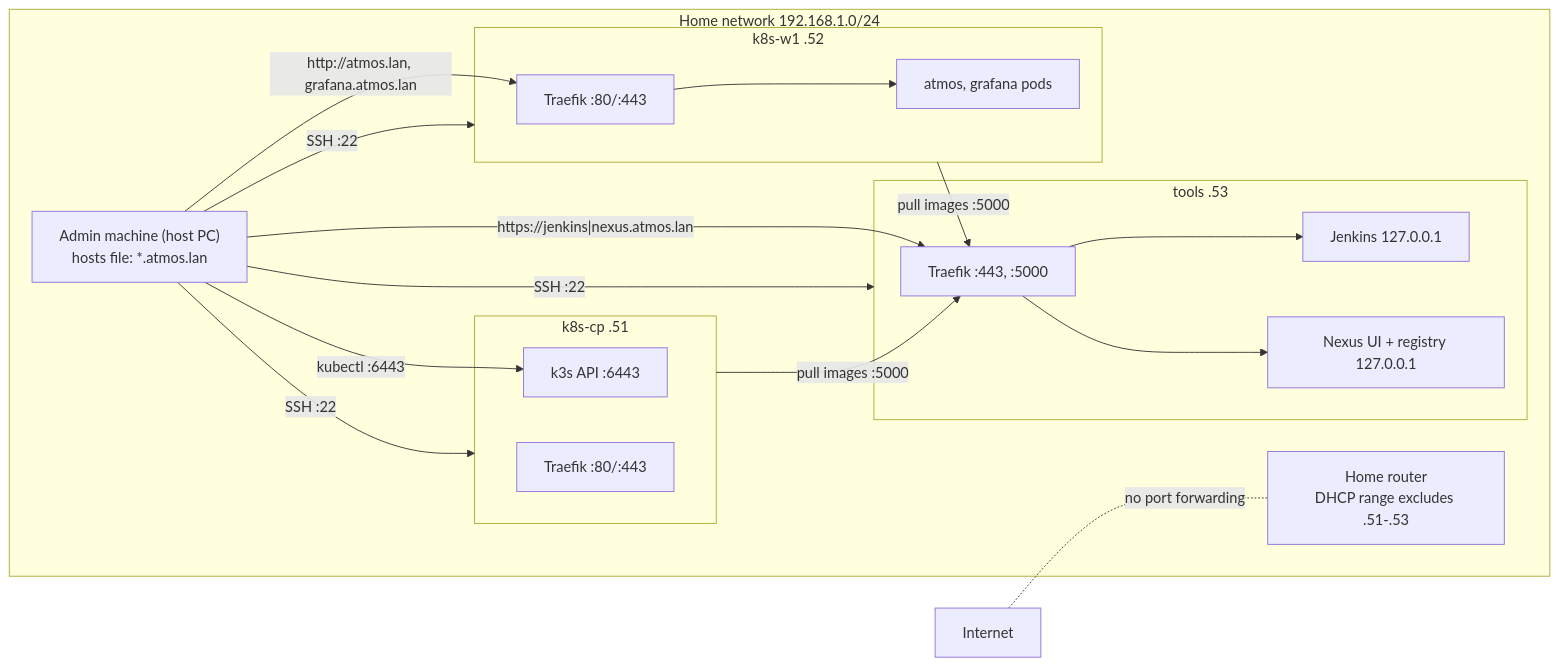
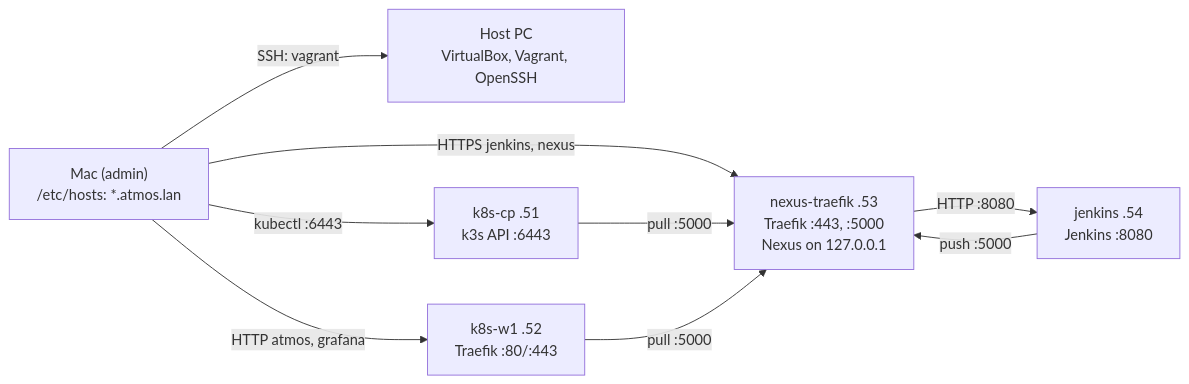
One commit to Kernel-Club/atmos-dev changed the second of 2 diagrams in docs/on-premise/architecture.md. Above: the diagram before and after it, drawn with Mermaid. The commit also changed other lines of this file and 4 other files, not shown here.

First line of the commit message:
docs(on-premise): move to four VMs and Mac admin

````diff
--- a/docs/on-premise/architecture.md
+++ b/docs/on-premise/architecture.md
@@ -178,33 +143,18 @@
 ```mermaid
 flowchart LR
-    internet["Internet"] -. "no port forwarding" .- router
-    subgraph home["Home network 192.168.1.0/24"]
-        router["Home router<br/>DHCP range excludes .51-.53"]
-        admin["Admin machine (host PC)<br/>hosts file: *.atmos.lan"]
-        subgraph tools["tools .53"]
-            tTraefik["Traefik :443, :5000"]
-            tJenkins["Jenkins 127.0.0.1"]
-            tNexus["Nexus UI + registry 127.0.0.1"]
-        end
-        subgraph cp["k8s-cp .51"]
-            api["k3s API :6443"]
-            lb1["Traefik :80/:443"]
-        end
-        subgraph w1["k8s-w1 .52"]
-            lb2["Traefik :80/:443"]
-            app["atmos, grafana pods"]
-        end
-    end
+    mac["Mac (admin)<br/>/etc/hosts: *.atmos.lan"]
+    pc["Host PC<br/>VirtualBox, Vagrant, OpenSSH"]
+    nt["nexus-traefik .53<br/>Traefik :443, :5000<br/>Nexus on 127.0.0.1"]
+    jv["jenkins .54<br/>Jenkins :8080"]
+    cp["k8s-cp .51<br/>k3s API :6443"]
+    w1["k8s-w1 .52<br/>Traefik :80/:443"]
 
-    admin -- "SSH :22" --> tools
-    admin -- "SSH :22" --> cp
-    admin -- "SSH :22" --> w1
-    admin -- "https://jenkins|nexus.atmos.lan" --> tTraefik
-    tTraefik --> tJenkins
-    tTraefik --> tNexus
-    admin -- "kubectl :6443" --> api
-    admin -- "http://atmos.lan, grafana.atmos.lan" --> lb2
-    lb2 --> app
-    cp -- "pull images :5000" --> tTraefik
-    w1 -- "pull images :5000" --> tTraefik
+    mac -- "SSH: vagrant" --> pc
+    mac -- "HTTPS jenkins, nexus" --> nt
+    mac -- "kubectl :6443" --> cp
+    mac -- "HTTP atmos, grafana" --> w1
+    nt -- "HTTP :8080" --> jv
+    jv -- "push :5000" --> nt
+    cp -- "pull :5000" --> nt
+    w1 -- "pull :5000" --> nt
 ```
````
